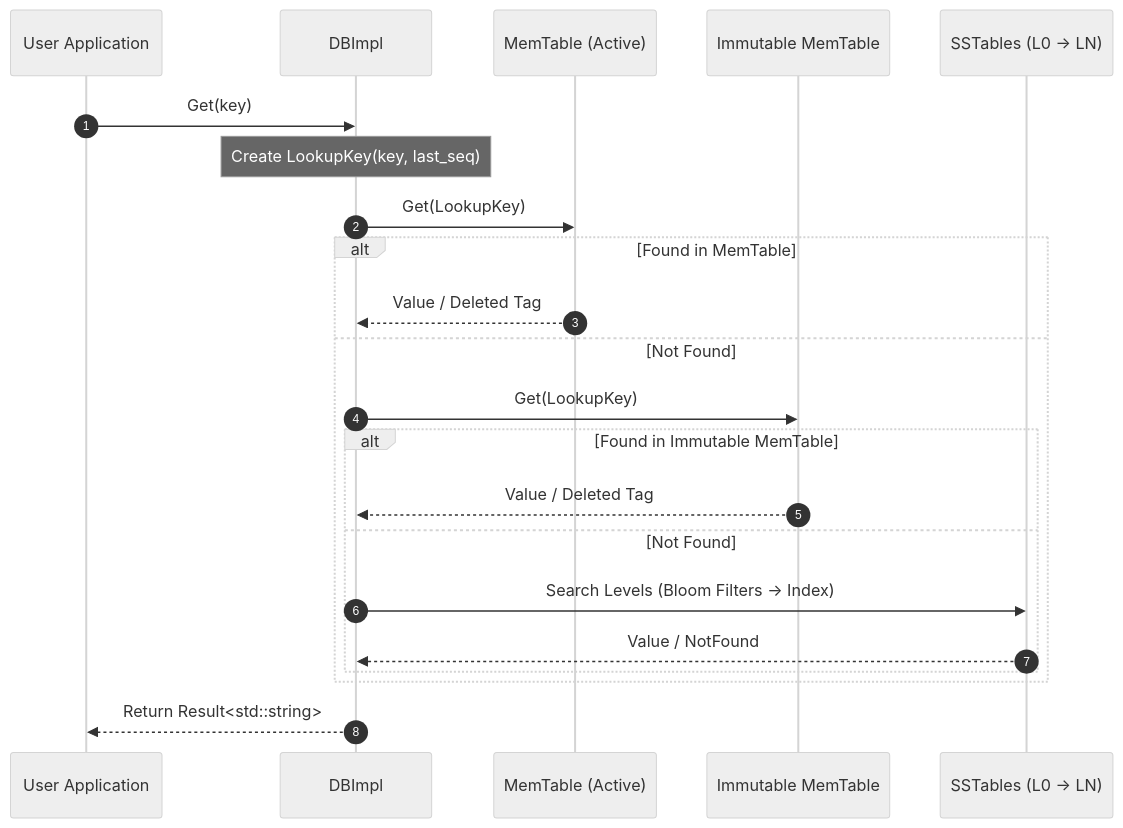
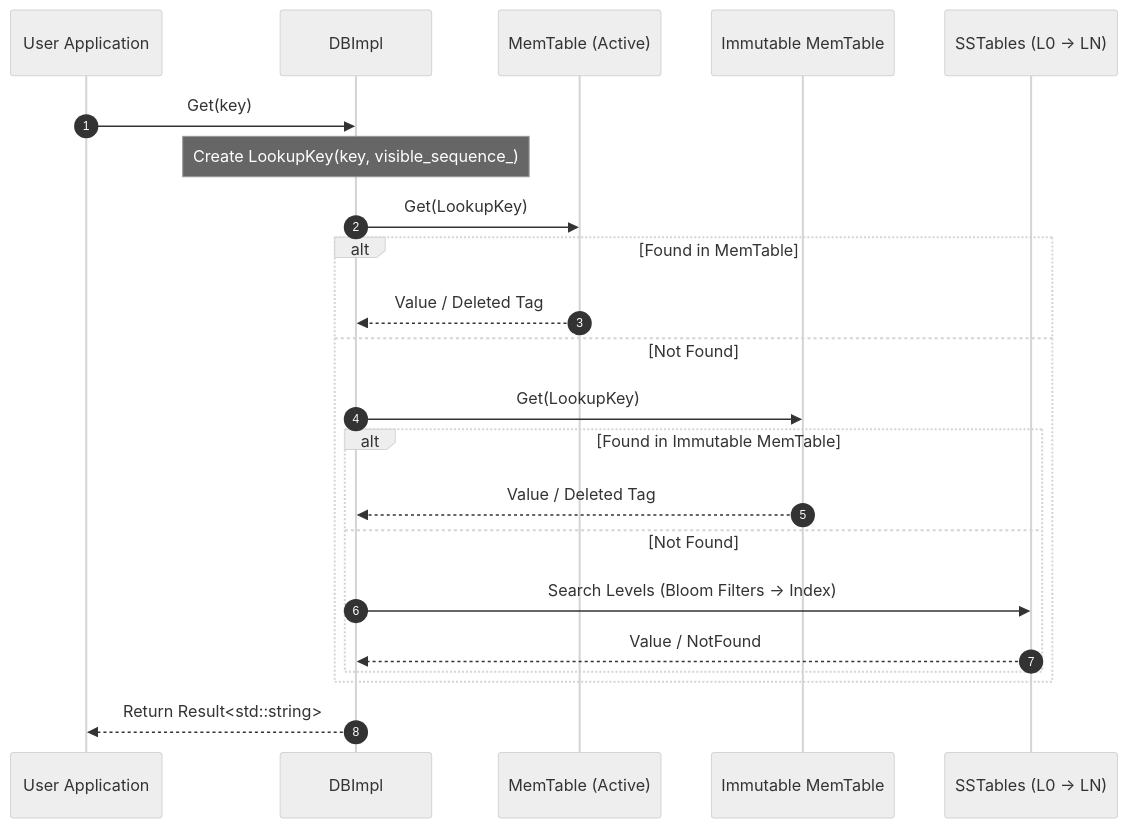
One commit to puji4810/Prism changed the third of 7 diagrams in docs/architecture.md. Above: the diagram before and after it, drawn with Mermaid (neutral theme). The commit also changed other lines of this file and 4 other files, not shown here.

````diff
--- a/docs/architecture.md
+++ b/docs/architecture.md
@@ -81,25 +81,25 @@
 ```mermaid
 sequenceDiagram
     autonumber
     participant User as User Application
     participant DB as DBImpl
     participant Mem as MemTable (Active)
     participant Imm as Immutable MemTable
     participant SST as SSTables (L0 -> LN)
 
     User->>DB: Get(key)
-    Note over DB: Create LookupKey(key, last_seq)
+    Note over DB: Create LookupKey(key, visible_sequence_)
     DB->>Mem: Get(LookupKey)
     alt Found in MemTable
         Mem-->>DB: Value / Deleted Tag
     else Not Found
         DB->>Imm: Get(LookupKey)
         alt Found in Immutable MemTable
             Imm-->>DB: Value / Deleted Tag
         else Not Found
             DB->>SST: Search Levels (Bloom Filters -> Index)
             SST-->>DB: Value / NotFound
         end
     end
     DB-->>User: Return Result<std::string>
 ```
````
